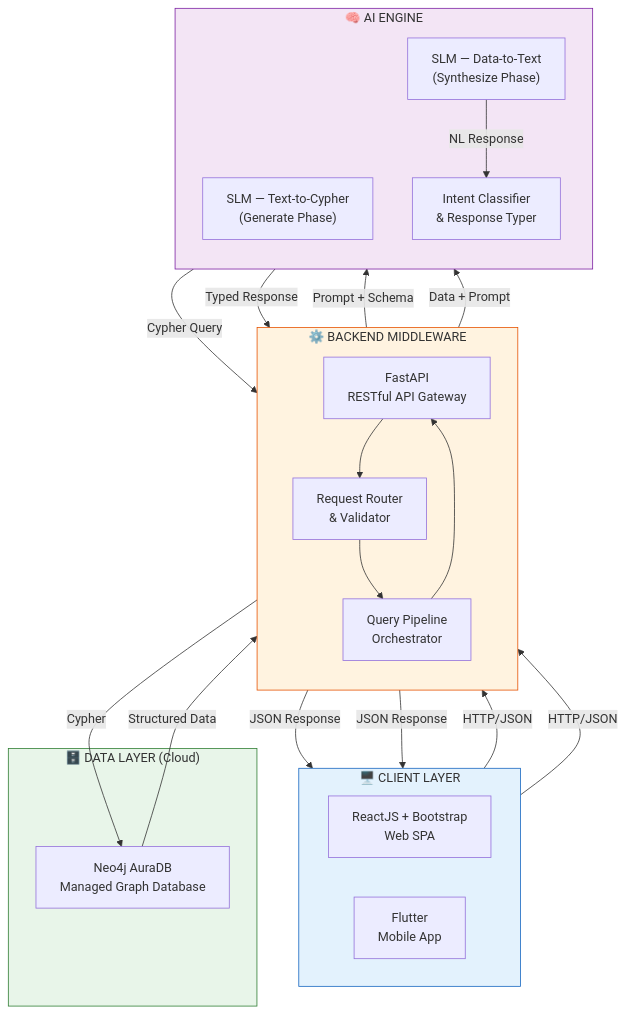
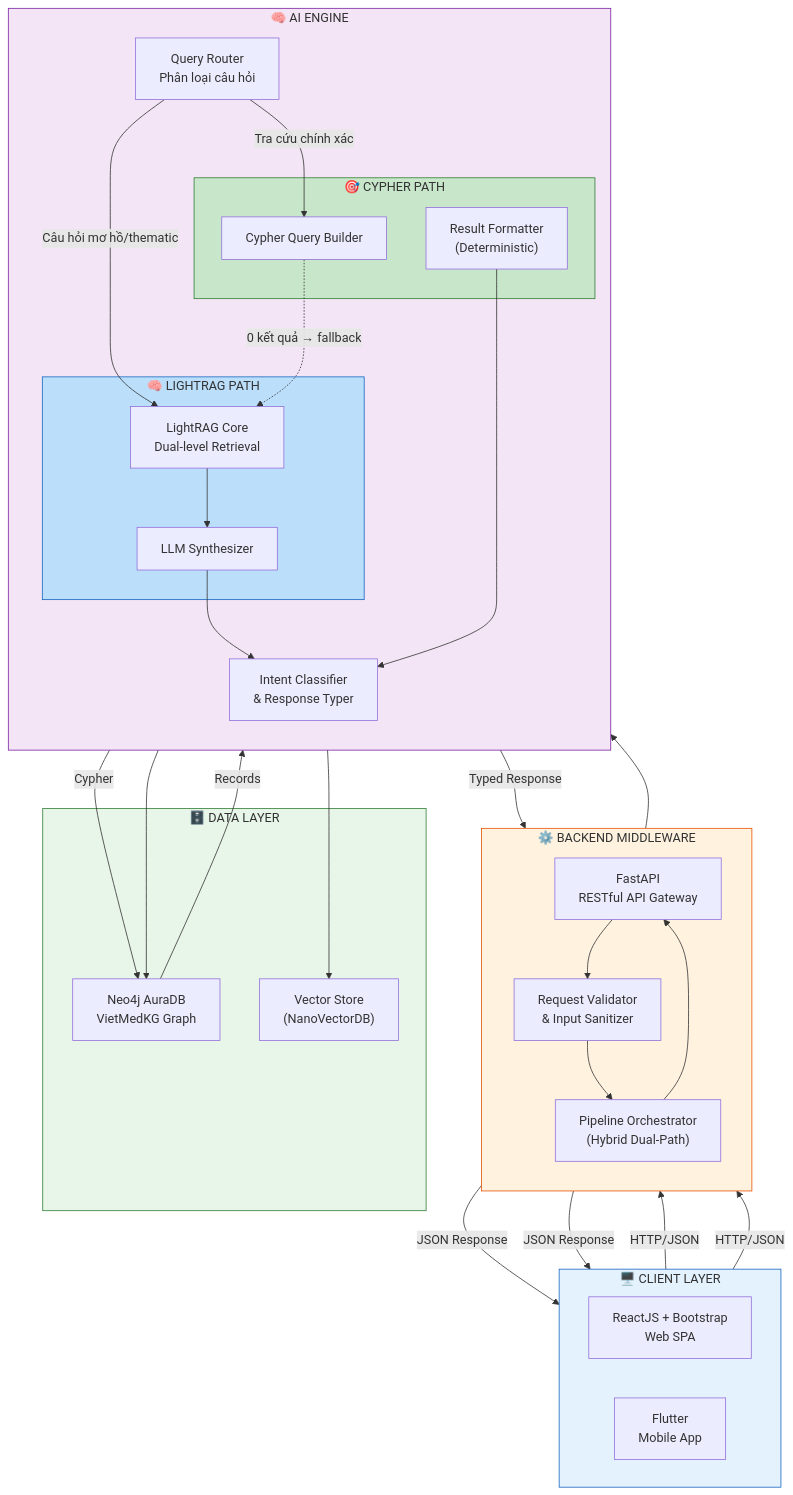
The first of 5 diagrams in docs/02_SYSTEM_ARCHITECTURE.md (NgBaoAnn/kbqa), drawn with Mermaid before and after one commit. The commit also changed other lines of this file and 4 other files, not shown here.

Commit message:
docs: update system architecture and API docs for Hybrid GraphRAG

````diff
--- a/docs/02_SYSTEM_ARCHITECTURE.md
+++ b/docs/02_SYSTEM_ARCHITECTURE.md
@@ -9,46 +9,68 @@
 ```mermaid
 flowchart TB
     subgraph CLIENTS ["🖥️ CLIENT LAYER"]
         direction LR
         WEB["ReactJS + Bootstrap<br/>Web SPA"]
         MOBILE["Flutter<br/>Mobile App"]
     end
 
     subgraph BACKEND ["⚙️ BACKEND MIDDLEWARE"]
         direction TB
         API["FastAPI<br/>RESTful API Gateway"]
-        ROUTER["Request Router<br/>& Validator"]
-        PIPELINE["Query Pipeline<br/>Orchestrator"]
+        VALIDATOR["Request Validator<br/>& Input Sanitizer"]
+        PIPELINE["Pipeline Orchestrator<br/>(Hybrid Dual-Path)"]
     end
 
     subgraph AI_ENGINE ["🧠 AI ENGINE"]
         direction TB
-        LLM_GEN["SLM — Text-to-Cypher<br/>(Generate Phase)"]
-        LLM_SYN["SLM — Data-to-Text<br/>(Synthesize Phase)"]
+        ROUTER["Query Router<br/>Phân loại câu hỏi"]
+        
+        subgraph CYPHER_PATH ["🎯 CYPHER PATH"]
+            BUILDER["Cypher Query Builder"]
+            FORMATTER["Result Formatter<br/>(Deterministic)"]
+        end
+        
+        subgraph LIGHTRAG_PATH ["🧠 LIGHTRAG PATH"]
+            LRAG["LightRAG Core<br/>Dual-level Retrieval"]
+            LLM_SYN["LLM Synthesizer"]
+        end
+        
         INTENT["Intent Classifier<br/>& Response Typer"]
     end
 
-    subgraph DATA_LAYER ["🗄️ DATA LAYER (Cloud)"]
-        NEO4J["Neo4j AuraDB<br/>Managed Graph Database"]
+    subgraph DATA_LAYER ["🗄️ DATA LAYER"]
+        NEO4J["Neo4j AuraDB<br/>VietMedKG Graph"]
+        VECTOR["Vector Store<br/>(NanoVectorDB)"]
     end
 
     WEB -- "HTTP/JSON" --> API
     MOBILE -- "HTTP/JSON" --> API
-    API --> ROUTER
-    ROUTER --> PIPELINE
-    PIPELINE -- "Prompt + Schema" --> LLM_GEN
-    LLM_GEN -- "Cypher Query" --> PIPELINE
-    PIPELINE -- "Cypher" --> NEO4J
-    NEO4J -- "Structured Data" --> PIPELINE
-    PIPELINE -- "Data + Prompt" --> LLM_SYN
-    LLM_SYN -- "NL Response" --> INTENT
+    API --> VALIDATOR
+    VALIDATOR --> PIPELINE
+    PIPELINE --> ROUTER
+    
+    ROUTER -- "Tra cứu chính xác" --> BUILDER
+    BUILDER -- "Cypher" --> NEO4J
+    NEO4J -- "Records" --> FORMATTER
+    FORMATTER --> INTENT
+    
+    ROUTER -- "Câu hỏi mơ hồ/thematic" --> LRAG
+    LRAG --> NEO4J
+    LRAG --> VECTOR
+    LRAG --> LLM_SYN
+    LLM_SYN --> INTENT
+    
+    BUILDER -. "0 kết quả → fallback" .-> LRAG
+    
     INTENT -- "Typed Response" --> PIPELINE
     PIPELINE --> API
     API -- "JSON Response" --> WEB
     API -- "JSON Response" --> MOBILE
 
     style CLIENTS fill:#e3f2fd,stroke:#1565c0
     style BACKEND fill:#fff3e0,stroke:#e65100
     style AI_ENGINE fill:#f3e5f5,stroke:#7b1fa2
+    style CYPHER_PATH fill:#c8e6c9,stroke:#2e7d32
+    style LIGHTRAG_PATH fill:#bbdefb,stroke:#1565c0
     style DATA_LAYER fill:#e8f5e9,stroke:#2e7d32
 ```
````
